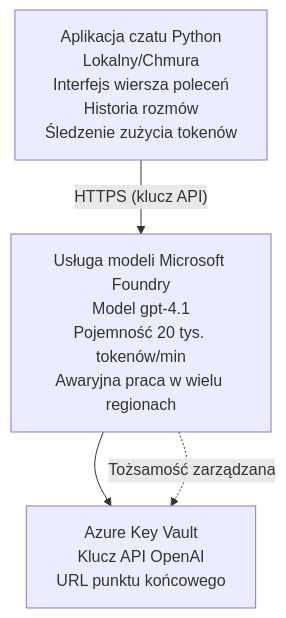
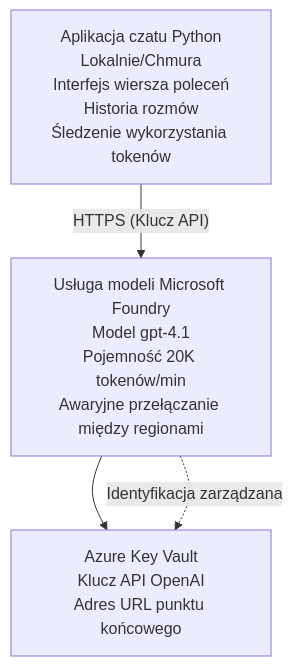
The diagram in translations/pl/examples/azure-openai-chat/README.md (microsoft/AZD-for-beginners), drawn with Mermaid before and after one commit. The commit also changed other lines of this file and 104 other files, not shown here.

````diff
--- a/translations/pl/examples/azure-openai-chat/README.md
+++ b/translations/pl/examples/azure-openai-chat/README.md
@@ -26,6 +26,6 @@
 ```mermaid
 graph TD
-    App[Aplikacja czatu Python<br/>Lokalny/Chmura<br/>Interfejs wiersza poleceń<br/>Historia rozmów<br/>Śledzenie zużycia tokenów] -- "HTTPS (klucz API)" --> Foundry[Usługa modeli Microsoft Foundry<br/>Model gpt-4.1<br/>Pojemność 20 tys. tokenów/min<br/>Awaryjna praca w wielu regionach]
-    Foundry --> KV[Azure Key Vault<br/>Klucz API OpenAI<br/>URL punktu końcowego]
-    Foundry -. Tożsamość zarządzana .-> KV
+    App[Aplikacja czatu Python<br/>Lokalnie/Chmura<br/>Interfejs wiersza poleceń<br/>Historia rozmów<br/>Śledzenie wykorzystania tokenów] -- "HTTPS (Klucz API)" --> Foundry[Usługa modeli Microsoft Foundry<br/>Model gpt-4.1<br/>Pojemność 20K tokenów/min<br/>Awaryjne przełączanie między regionami]
+    Foundry --> KV[Azure Key Vault<br/>Klucz API OpenAI<br/>Adres URL punktu końcowego]
+    Foundry -. Identyfikacja zarządzana .-> KV
 ```
````
